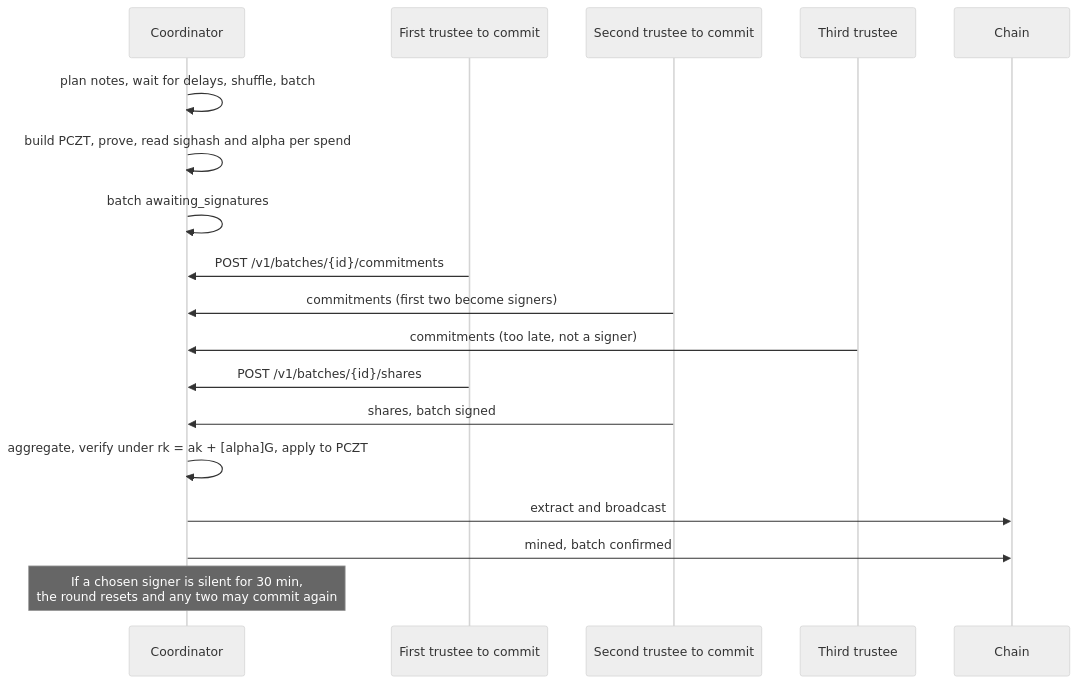
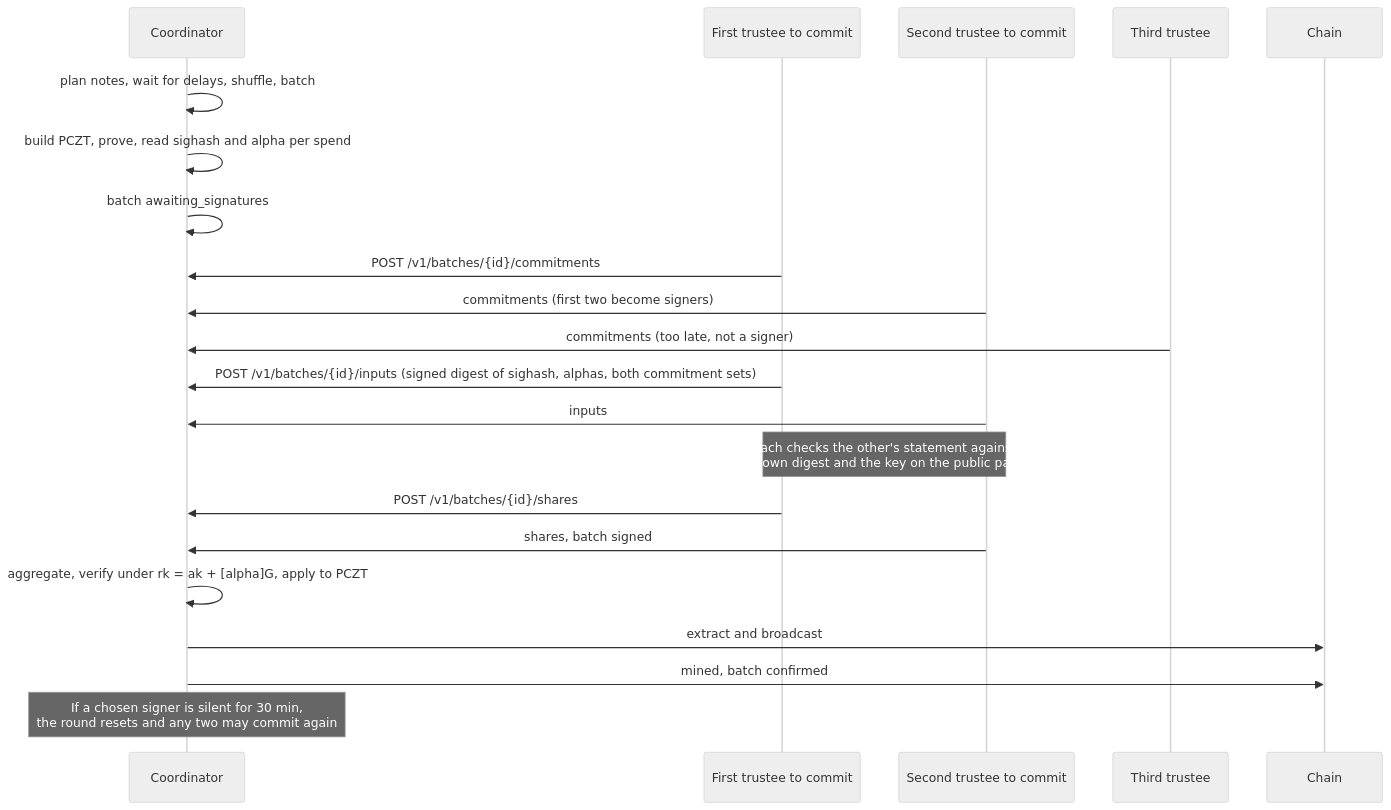
The sixth of 7 diagrams in docs/site/architecture.mdx (Udoka-AM/sealForge), drawn with Mermaid (neutral theme) before and after one commit. The commit also changed 17 other files, not shown here.

First line of the commit message:
Catch a coordinator that shows the two signers different commitment sets

````diff
--- a/docs/site/architecture.mdx
+++ b/docs/site/architecture.mdx
@@ -151,20 +151,23 @@
 ```mermaid
 sequenceDiagram
     participant C as Coordinator
     participant Ta as First trustee to commit
     participant Tb as Second trustee to commit
     participant Tc as Third trustee
     participant Z as Chain
     C->>C: plan notes, wait for delays, shuffle, batch
     C->>C: build PCZT, prove, read sighash and alpha per spend
     C->>C: batch awaiting_signatures
     Ta->>C: POST /v1/batches/{id}/commitments
     Tb->>C: commitments (first two become signers)
     Tc->>C: commitments (too late, not a signer)
+    Ta->>C: POST /v1/batches/{id}/inputs (signed digest of sighash, alphas, both commitment sets)
+    Tb->>C: inputs
+    Note over Ta,Tb: each checks the other's statement against<br/>its own digest and the key on the public page
     Ta->>C: POST /v1/batches/{id}/shares
     Tb->>C: shares, batch signed
     C->>C: aggregate, verify under rk = ak + [alpha]G, apply to PCZT
     C->>Z: extract and broadcast
     C->>Z: mined, batch confirmed
     Note over C: If a chosen signer is silent for 30 min,<br/>the round resets and any two may commit again
 ```
````
